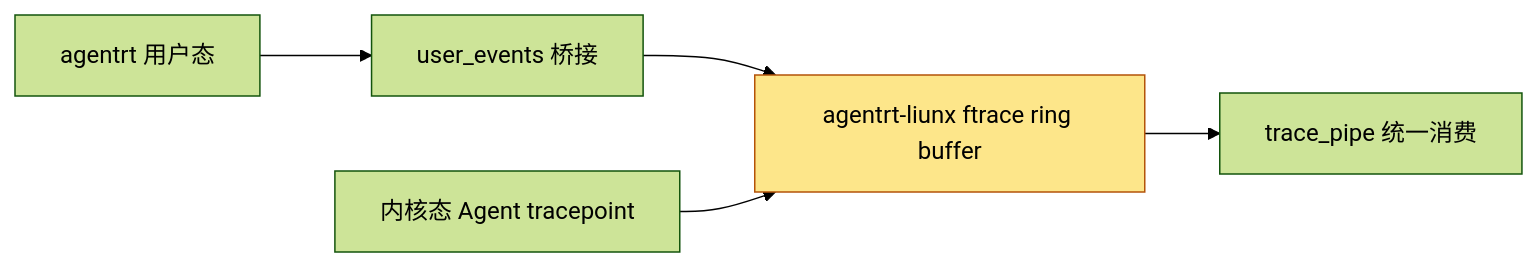
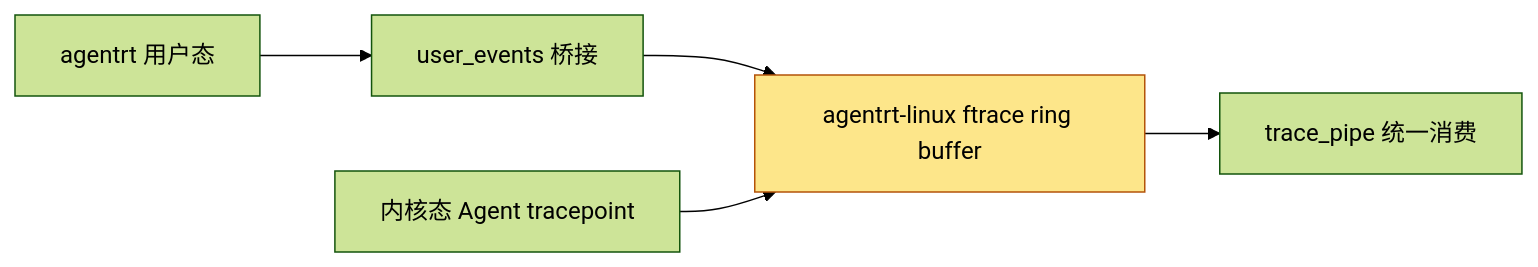
The fourth of 4 diagrams in AirymaxOS/90-observability/01-ftrace-framework.md (openairymax/docs), drawn with Mermaid (forest theme) before and after one commit. The commit also changed other lines of this file and 75 other files, not shown here.

````diff
--- a/AirymaxOS/90-observability/01-ftrace-framework.md
+++ b/AirymaxOS/90-observability/01-ftrace-framework.md
@@ -464,8 +464,8 @@
 ```mermaid
 graph LR
     A[agentrt 用户态] --> B[user_events 桥接]
-    B --> C[agentrt-liunx ftrace ring buffer]
+    B --> C[agentrt-linux ftrace ring buffer]
     D[内核态 Agent tracepoint] --> C
     C --> E[trace_pipe 统一消费]
     style C fill:#fde68a,stroke:#b45309
 ```
````
